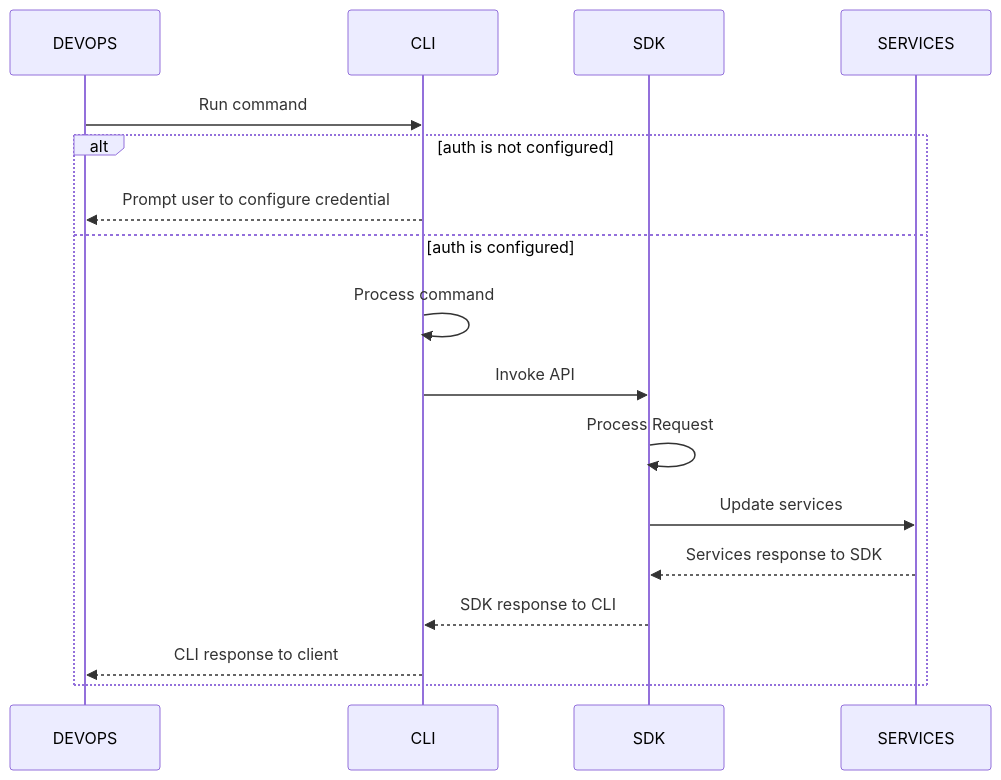
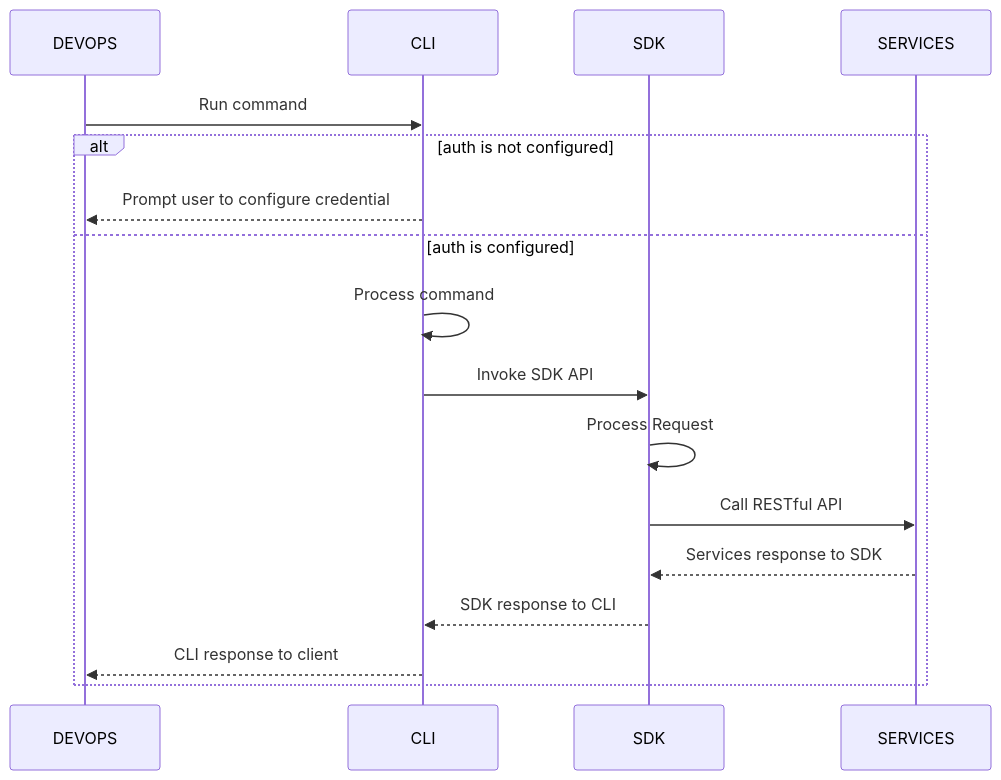
One commit to f5devcentral/f5-cli changed the diagram in docs/diagrams/src/seq_diagram.mmd. Above: the diagram before and after it, drawn with Mermaid. The commit also changed 2 other files, not shown here.

```diff
--- a/docs/diagrams/src/seq_diagram.mmd
+++ b/docs/diagrams/src/seq_diagram.mmd
@@ -1,19 +1,19 @@
 sequenceDiagram
     participant D as DEVOPS
     participant C as CLI
     participant S as SDK
     participant SVC as SERVICES
 
     D->>C: Run command
 
     alt auth is not configured
         C-->>D: Prompt user to configure credential
     else auth is configured
         C->>C: Process command
-        C->>S: Invoke API
+        C->>S: Invoke SDK API
         S->>S: Process Request
-        S->>SVC: Update services
+        S->>SVC: Call RESTful API
         SVC-->>S: Services response to SDK
         S-->>C: SDK response to CLI
         C-->>D: CLI response to client
     end
```
